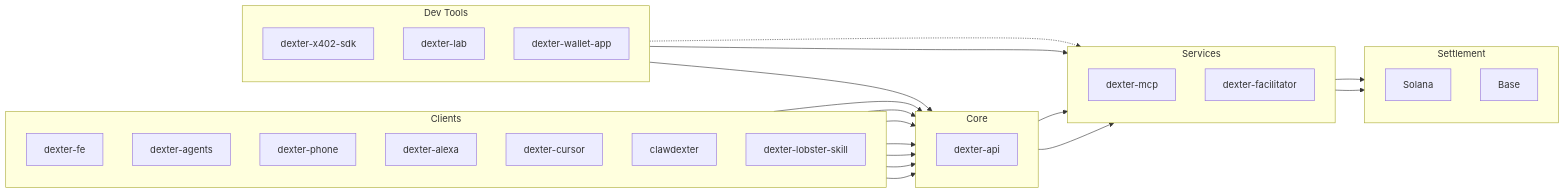
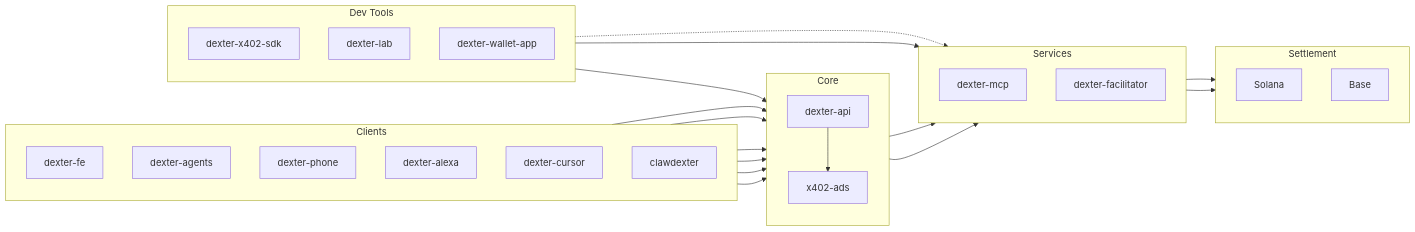
One commit to Dexter-DAO/.github changed the diagram in profile/README.md. Above: the diagram before and after it, drawn with Mermaid. The commit also changed other lines of this file, not shown here.

````diff
--- a/profile/README.md
+++ b/profile/README.md
@@ -22,55 +22,55 @@
 ```mermaid
 flowchart LR
     subgraph clients["Clients"]
         direction TB
         fe["dexter-fe"]
         agents["dexter-agents"]
         phone["dexter-phone"]
         alexa["dexter-alexa"]
         cursor["dexter-cursor"]
         claw["clawdexter"]
-        lobster["dexter-lobster-skill"]
     end
 
     subgraph core["Core"]
         direction TB
         api["dexter-api"]
+        ads["x402-ads"]
     end
 
     subgraph services["Services"]
         direction TB
         mcp["dexter-mcp"]
         facilitator["dexter-facilitator"]
     end
 
     subgraph devtools["Dev Tools"]
         direction TB
         sdk["dexter-x402-sdk"]
         lab["dexter-lab"]
         wallet["dexter-wallet-app"]
     end
 
     subgraph settle["Settlement"]
         direction TB
         solana["Solana"]
         base["Base"]
     end
 
     fe --> api
     agents --> api
     phone --> api
     alexa --> api
     cursor --> api
     claw --> api
-    lobster --> api
 
     api --> mcp
     api --> facilitator
+    api --> ads
 
     sdk -.-> facilitator
     lab --> api
     wallet --> facilitator
 
     facilitator --> solana
     facilitator --> base
 ```
````
